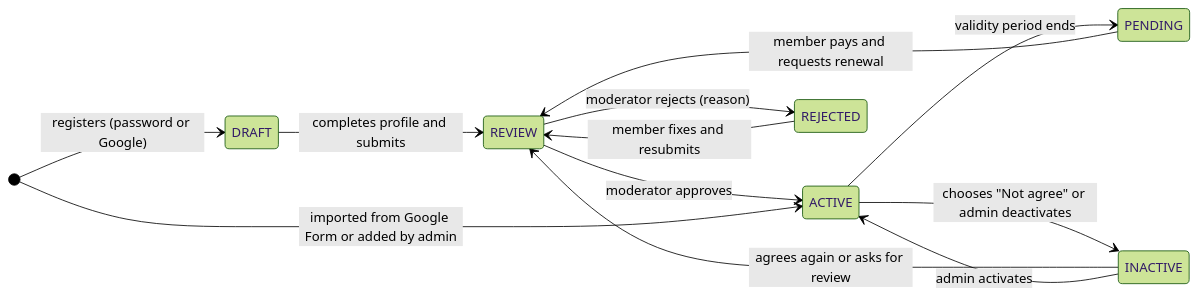
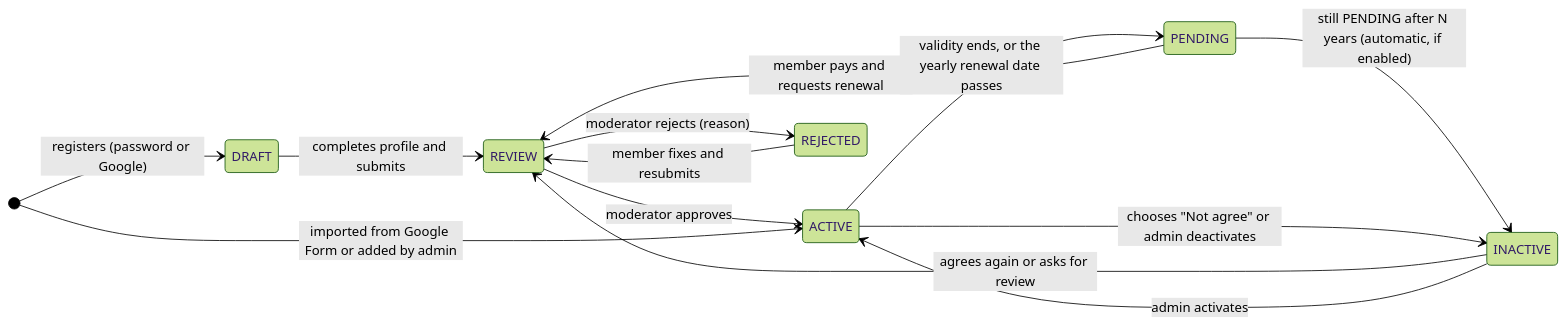
Before and after one commit to panhavad/aisarc-membership: the first of 6 diagrams in README.md, drawn with Mermaid (forest theme). The commit also changed other lines of this file and 44 other files, not shown here.

````diff
--- a/README.md
+++ b/README.md
@@ -115,15 +129,16 @@
 ```mermaid
 stateDiagram-v2
     direction LR
     [*] --> DRAFT: registers (password or Google)
     DRAFT --> REVIEW: completes profile and submits
     REVIEW --> ACTIVE: moderator approves
     REVIEW --> REJECTED: moderator rejects (reason)
     REJECTED --> REVIEW: member fixes and resubmits
-    ACTIVE --> PENDING: validity period ends
+    ACTIVE --> PENDING: validity ends, or the yearly renewal date passes
     PENDING --> REVIEW: member pays and requests renewal
+    PENDING --> INACTIVE: still PENDING after N years (automatic, if enabled)
     ACTIVE --> INACTIVE: chooses "Not agree" or admin deactivates
     INACTIVE --> REVIEW: agrees again or asks for review
     INACTIVE --> ACTIVE: admin activates
     [*] --> ACTIVE: imported from Google Form or added by admin
 ```
````
